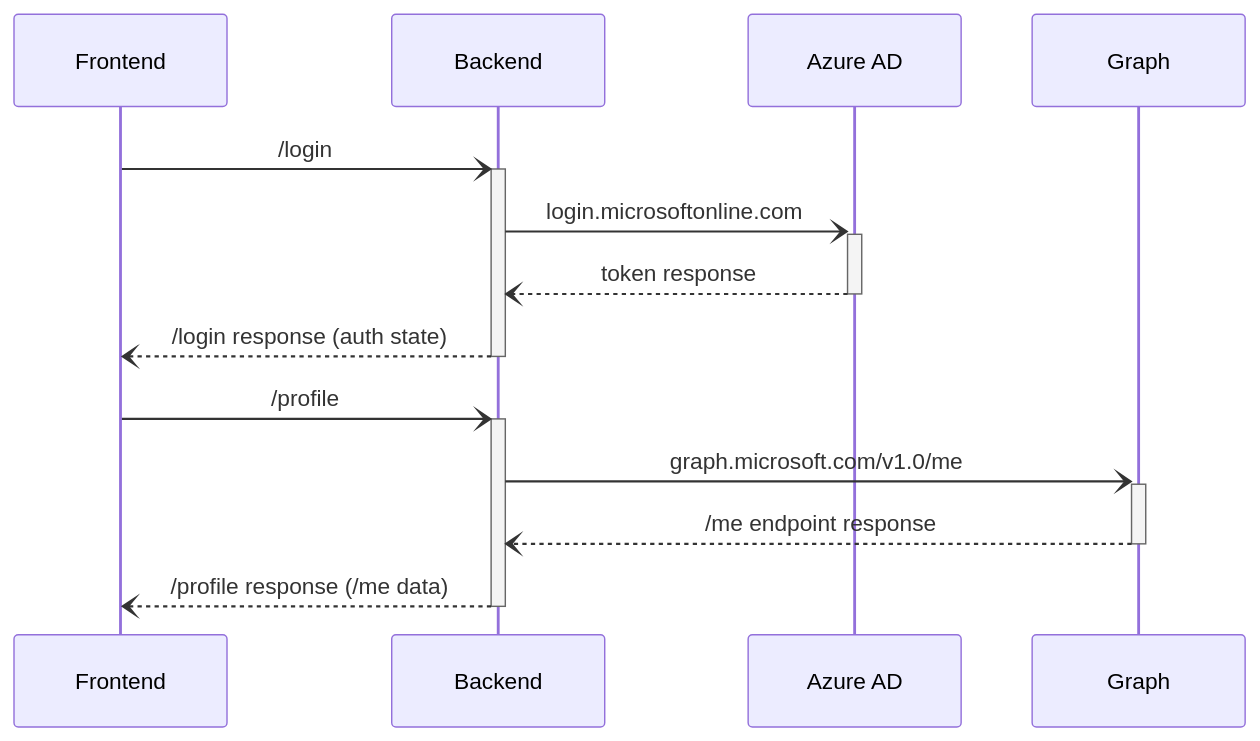
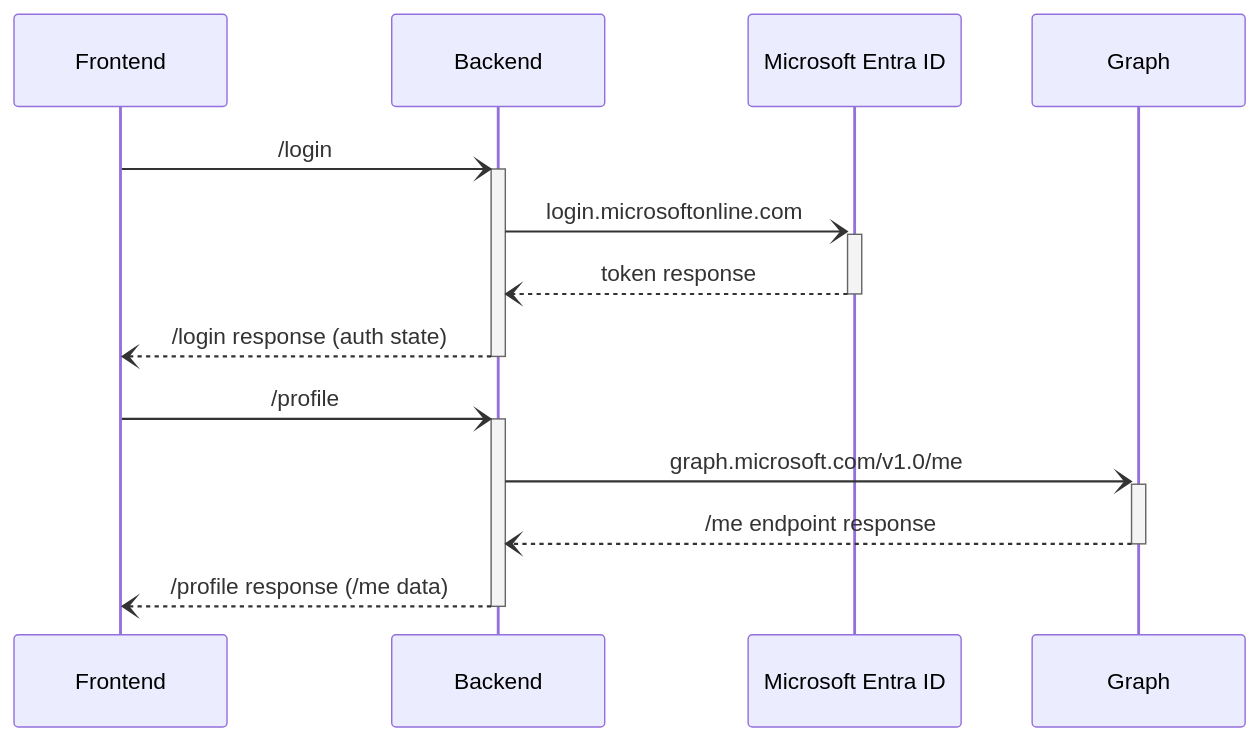
The diagram in 5-AdvancedScenarios/1-call-graph-bff/README.md (Azure-Samples/ms-identity-javascript-nodejs-tutorial), drawn with Mermaid before and after one commit. The commit also changed other lines of this file and 20 other files, not shown here.

````diff
--- a/5-AdvancedScenarios/1-call-graph-bff/README.md
+++ b/5-AdvancedScenarios/1-call-graph-bff/README.md
@@ -49,15 +49,15 @@
 ```mermaid
 sequenceDiagram
     participant Frontend
     participant Backend
-    participant Azure AD
+    participant Microsoft Entra ID
     participant Graph
     Frontend-)+Backend: /login
-    Backend-)+Azure AD: login.microsoftonline.com
-    Azure AD--)-Backend: token response
+    Backend-)+Microsoft Entra ID: login.microsoftonline.com
+    Microsoft Entra ID--)-Backend: token response
     Backend--)-Frontend: /login response (auth state)
     Frontend-)+Backend: /profile
     Backend-)+Graph: graph.microsoft.com/v1.0/me
     Graph--)-Backend: /me endpoint response
     Backend--)-Frontend: /profile response (/me data)
 ```
````
